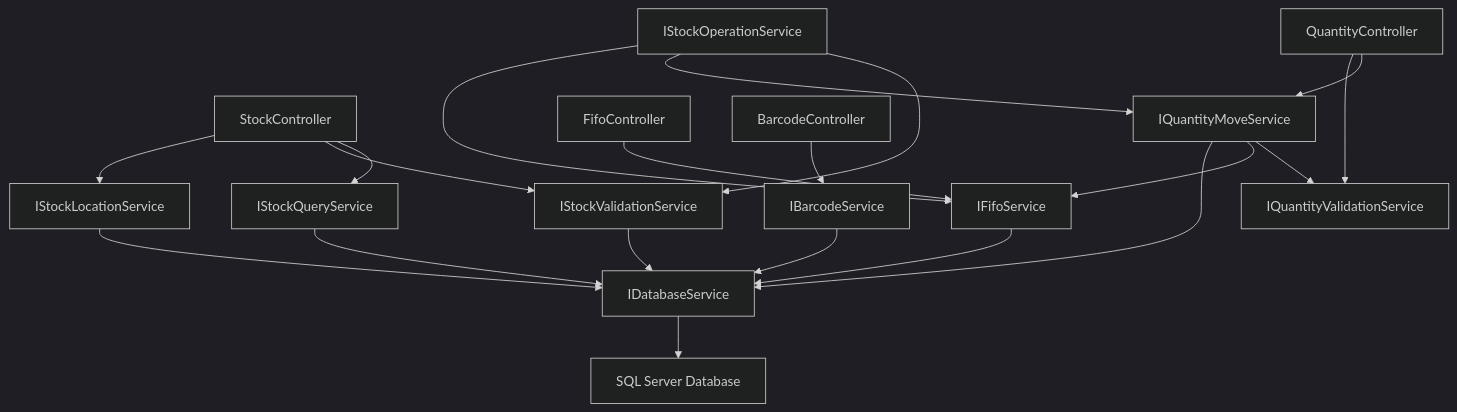
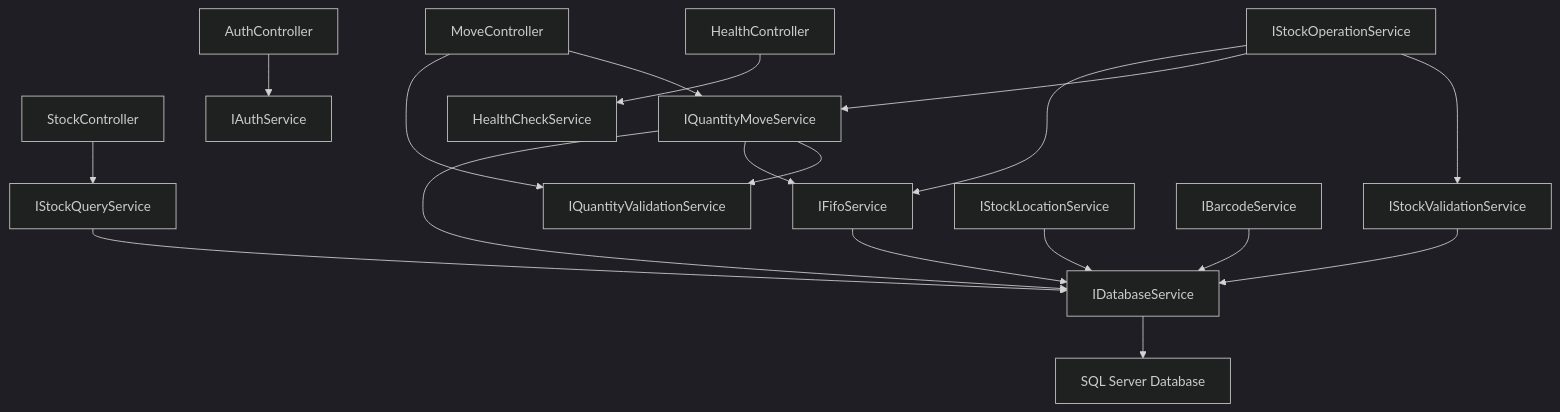
Before and after one commit to utkuarslan5/quantity_move: the first of 4 diagrams in API_DOCUMENTATION.md, drawn with Mermaid (dark theme). The commit also changed other lines of this file and 40 other files, not shown here.

````diff
--- a/API_DOCUMENTATION.md
+++ b/API_DOCUMENTATION.md
@@ -178,28 +165,27 @@
 ```mermaid
 graph TD
     StockController --> IStockQueryService
-    StockController --> IStockValidationService
-    StockController --> IStockLocationService
     
-    QuantityController --> IQuantityMoveService
-    QuantityController --> IQuantityValidationService
+    MoveController --> IQuantityMoveService
+    MoveController --> IQuantityValidationService
     
-    FifoController --> IFifoService
-    BarcodeController --> IBarcodeService
+    AuthController --> IAuthService
+    
+    HealthController --> HealthCheckService
     
     IQuantityMoveService --> IQuantityValidationService
     IQuantityMoveService --> IFifoService
     IQuantityMoveService --> IDatabaseService
     
     IStockValidationService --> IDatabaseService
     IStockQueryService --> IDatabaseService
     IStockLocationService --> IDatabaseService
     IFifoService --> IDatabaseService
     IBarcodeService --> IDatabaseService
     
     IStockOperationService --> IStockValidationService
     IStockOperationService --> IQuantityMoveService
     IStockOperationService --> IFifoService
     
     IDatabaseService --> SQLServer[SQL Server Database]
 ```
````
